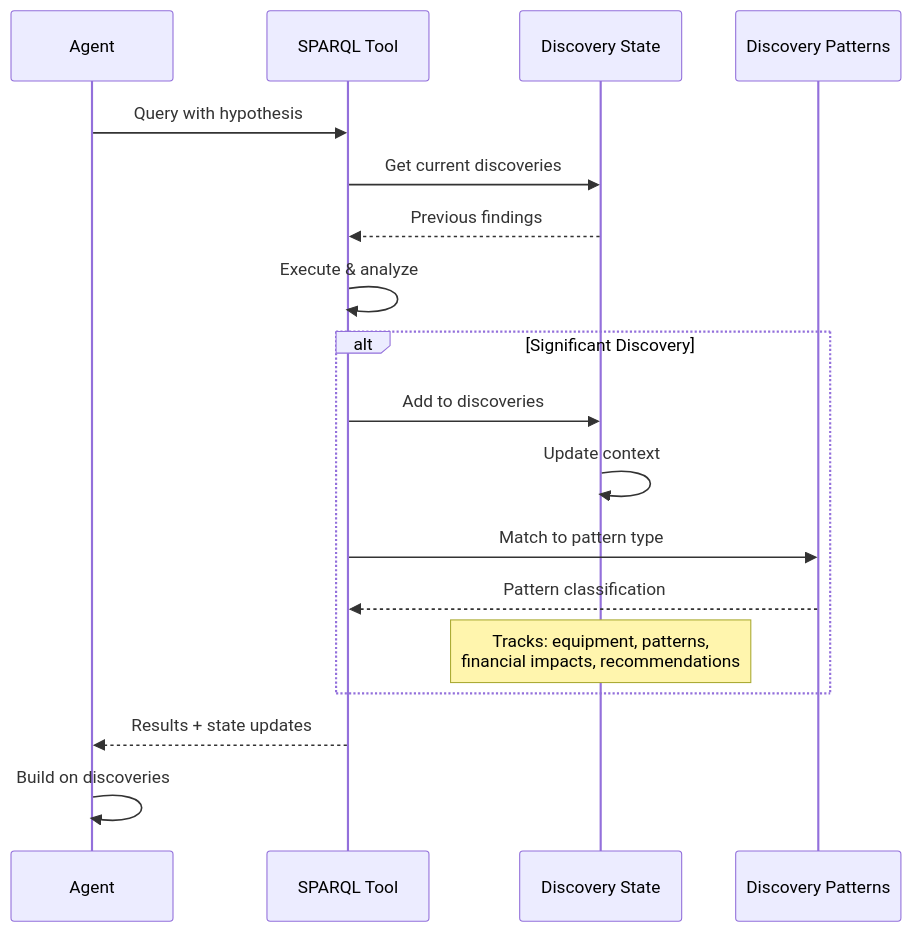
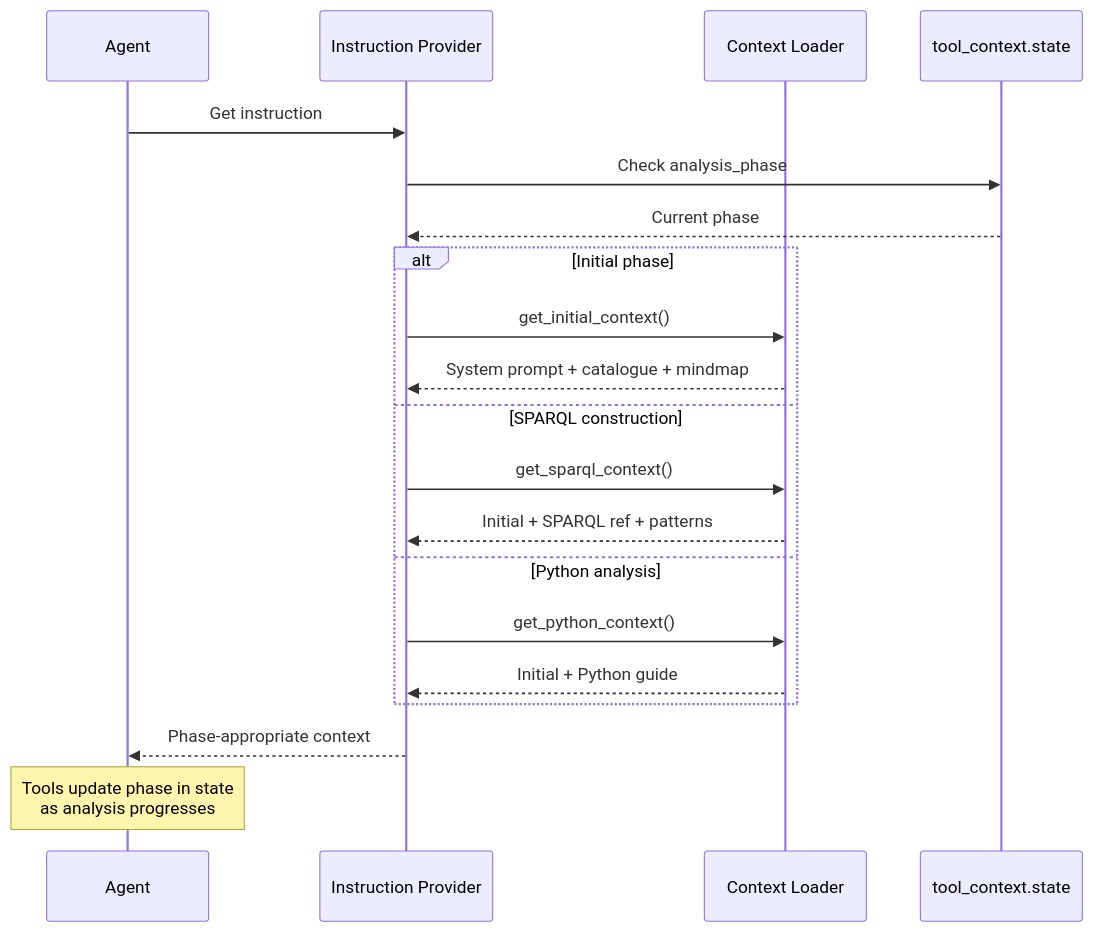
Before and after one commit to mcfitzgerald/ontology-project: the third of 3 diagrams in SYSTEM_ARCHITECTURE.md, drawn with Mermaid. The commit also changed other lines of this file and 11 other files, not shown here.

````diff
--- a/SYSTEM_ARCHITECTURE.md
+++ b/SYSTEM_ARCHITECTURE.md
@@ -386,23 +375,26 @@
 ```mermaid
 sequenceDiagram
     participant Agent
-    participant SPARQL as SPARQL Tool
-    participant State as Discovery State
-    participant Patterns as Discovery Patterns
+    participant Provider as Instruction Provider
+    participant Loader as Context Loader
+    participant State as tool_context.state
     
-    Agent->>SPARQL: Query with hypothesis
-    SPARQL->>State: Get current discoveries
-    State-->>SPARQL: Previous findings
-    SPARQL->>SPARQL: Execute & analyze
+    Agent->>Provider: Get instruction
+    Provider->>State: Check analysis_phase
+    State-->>Provider: Current phase
     
-    alt Significant Discovery
-        SPARQL->>State: Add to discoveries
-        State->>State: Update context
-        SPARQL->>Patterns: Match to pattern type
-        Patterns-->>SPARQL: Pattern classification
-        Note over State: Tracks: equipment, patterns,<br/>financial impacts, recommendations
+    alt Initial phase
+        Provider->>Loader: get_initial_context()
+        Loader-->>Provider: System prompt + catalogue + mindmap
+    else SPARQL construction
+        Provider->>Loader: get_sparql_context()
+        Loader-->>Provider: Initial + SPARQL ref + patterns
+    else Python analysis
+        Provider->>Loader: get_python_context()
+        Loader-->>Provider: Initial + Python guide
     end
     
-    SPARQL-->>Agent: Results + state updates
-    Agent->>Agent: Build on discoveries
+    Provider-->>Agent: Phase-appropriate context
+    
+    Note over Agent: Tools update phase in state<br/>as analysis progresses
 ```
````
